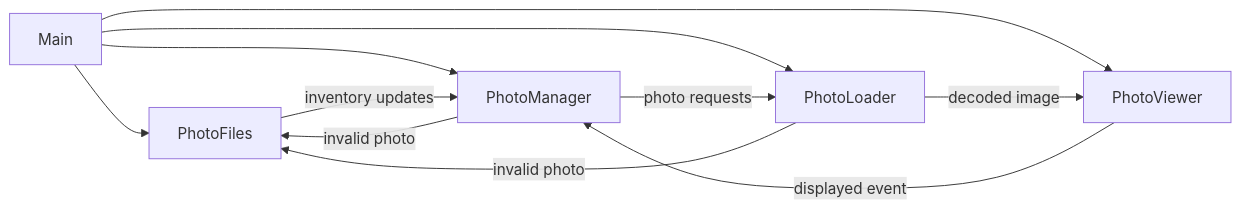
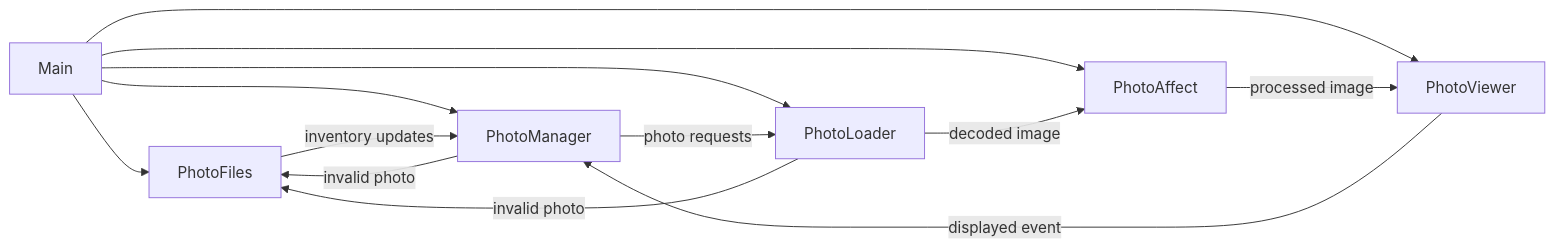
One commit to vincentl/rust-photo-frame changed the diagram in README.md. Above: the diagram before and after it, drawn with Mermaid. The commit also changed other lines of this file and 7 other files, not shown here.

Commit message:
Add configurable photo affect pipeline

````diff
--- a/README.md
+++ b/README.md
@@ -45,14 +46,16 @@
 ```mermaid
 flowchart LR
   MAIN[Main] --> FILES[PhotoFiles]
   MAIN --> MAN[PhotoManager]
   MAIN --> LOAD[PhotoLoader]
+  MAIN --> AFFECT[PhotoAffect]
   MAIN --> VIEW[PhotoViewer]
 
   FILES -->|inventory updates| MAN
   MAN -->|invalid photo| FILES
   MAN -->|photo requests| LOAD
-  LOAD -->|decoded image| VIEW
+  LOAD -->|decoded image| AFFECT
   LOAD -->|invalid photo| FILES
+  AFFECT -->|processed image| VIEW
   VIEW -->|displayed event| MAN
 ```
````
